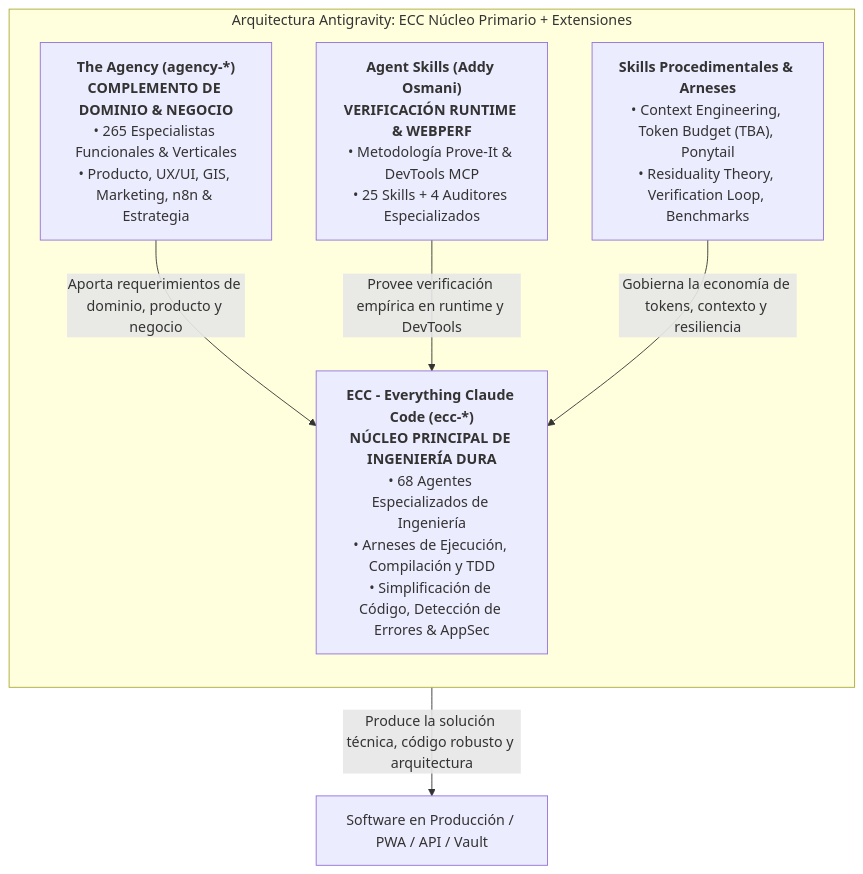
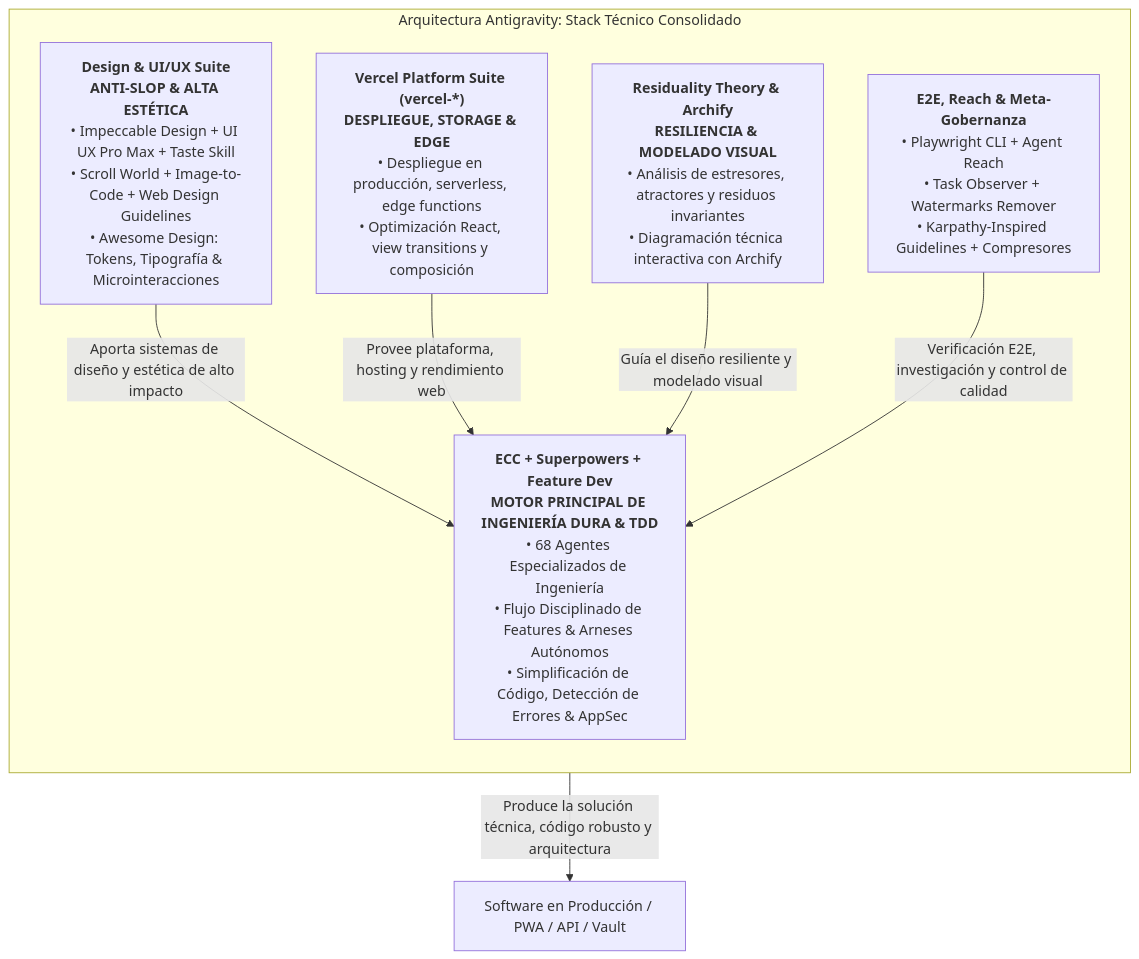
One commit to Irvin-Osvaldo-Galvez-Romero0/CatalogoTyn changed the diagram in .antigravity/rules.md. Above: the diagram before and after it, drawn with Mermaid. The commit also changed other lines of this file and 578 other files, not shown here.

````diff
--- a/.antigravity/rules.md
+++ b/.antigravity/rules.md
@@ -104,18 +110,21 @@
 ```mermaid
 flowchart TD
-    subgraph Ecosistema["Arquitectura Antigravity: ECC Núcleo Primario + Extensiones"]
+    subgraph Ecosistema["Arquitectura Antigravity: Stack Técnico Consolidado"]
         direction TB
-        ECC["<b>ECC - Everything Claude Code (ecc-*)</b><br/><b>NÚCLEO PRINCIPAL DE INGENIERÍA DURA</b><br/>• 68 Agentes Especializados de Ingeniería<br/>• Arneses de Ejecución, Compilación y TDD<br/>• Simplificación de Código, Detección de Errores & AppSec"]
+        ECC["<b>ECC + Superpowers + Feature Dev</b><br/><b>MOTOR PRINCIPAL DE INGENIERÍA DURA & TDD</b><br/>• 68 Agentes Especializados de Ingeniería<br/>• Flujo Disciplinado de Features & Arneses Autónomos<br/>• Simplificación de Código, Detección de Errores & AppSec"]
         
-        AGENCY["<b>The Agency (agency-*)</b><br/><b>COMPLEMENTO DE DOMINIO & NEGOCIO</b><br/>• 265 Especialistas Funcionales & Verticales<br/>• Producto, UX/UI, GIS, Marketing, n8n & Estrategia"]
+        DESIGN["<b>Design & UI/UX Suite</b><br/><b>ANTI-SLOP & ALTA ESTÉTICA</b><br/>• Impeccable Design + UI UX Pro Max + Taste Skill<br/>• Scroll World + Image-to-Code + Web Design Guidelines<br/>• Awesome Design: Tokens, Tipografía & Microinteracciones"]
         
-        OSMANI["<b>Agent Skills (Addy Osmani)</b><br/><b>VERIFICACIÓN RUNTIME & WEBPERF</b><br/>• Metodología Prove-It & DevTools MCP<br/>• 25 Skills + 4 Auditores Especializados"]
+        VERCEL["<b>Vercel Platform Suite (vercel-*)</b><br/><b>DESPLIEGUE, STORAGE & EDGE</b><br/>• Despliegue en producción, serverless, edge functions<br/>• Optimización React, view transitions y composición"]
         
-        SKILLS["<b>Skills Procedimentales & Arneses</b><br/>• Context Engineering, Token Budget (TBA), Ponytail<br/>• Residuality Theory, Verification Loop, Benchmarks"]
+        RESID["<b>Residuality Theory & Archify</b><br/><b>RESILIENCIA & MODELADO VISUAL</b><br/>• Análisis de estresores, atractores y residuos invariantes<br/>• Diagramación técnica interactiva con Archify"]
+        
+        TOOLS["<b>E2E, Reach & Meta-Gobernanza</b><br/>• Playwright CLI + Agent Reach<br/>• Task Observer + Watermarks Remover<br/>• Karpathy-Inspired Guidelines + Compresores"]
     end
     
-    AGENCY -->|Aporta requerimientos de dominio, producto y negocio| ECC
-    OSMANI -->|Provee verificación empírica en runtime y DevTools| ECC
-    SKILLS -->|Gobierna la economía de tokens, contexto y resiliencia| ECC
+    DESIGN -->|Aporta sistemas de diseño y estética de alto impacto| ECC
+    VERCEL -->|Provee plataforma, hosting y rendimiento web| ECC
+    RESID -->|Guía el diseño resiliente y modelado visual| ECC
+    TOOLS -->|Verificación E2E, investigación y control de calidad| ECC
     ECC -->|Produce la solución técnica, código robusto y arquitectura| SISTEMA["Software en Producción / PWA / API / Vault"]
 ```
````
